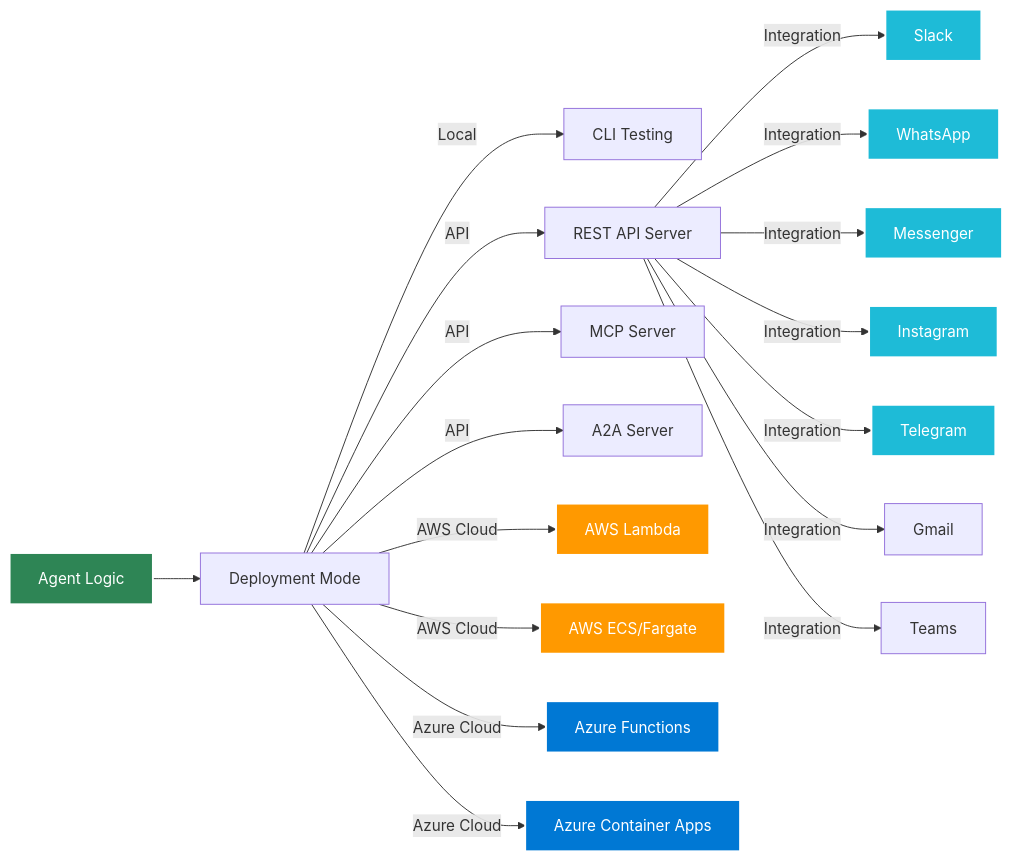
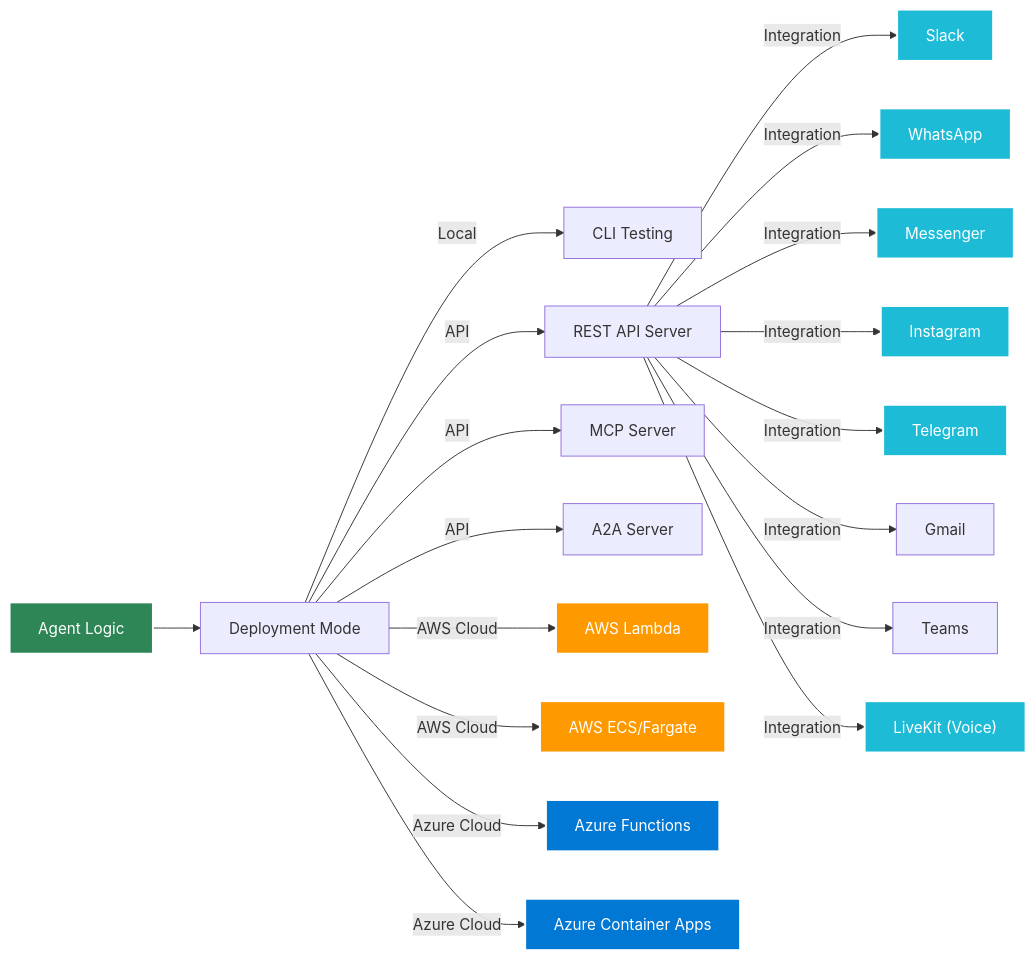
The second of 2 diagrams in docs/docs/intro.md (yaalalabs/agent-kernel), drawn with Mermaid before and after one commit. The commit also changed other lines of this file and 16 other files, not shown here.

Commit message:
feat: integrate LiveKit for real-time voice agents

````diff
--- a/docs/docs/intro.md
+++ b/docs/docs/intro.md
@@ -193,25 +191,26 @@
 ```mermaid
 ---
 config:
   layout: dagre
   elk: true
 ---
 flowchart LR
     A["Agent Logic"] --> B["Deployment Mode"]
     B -- Local --> C["CLI Testing"]
     B -- API --> D["REST API Server"] & G["MCP Server"] & H["A2A Server"]
     B -- AWS Cloud --> E["AWS Lambda"] & F["AWS ECS/Fargate"]
     B -- Azure Cloud --> K["Azure Functions"] & L["Azure Container Apps"]
-    D -- Integration --> I["Slack"] & J["WhatsApp"] & M["Messenger"] & N["Instagram"] & O["Telegram"] & P["Gmail"] & T["Teams"]
+    D -- Integration --> I["Slack"] & J["WhatsApp"] & M["Messenger"] & N["Instagram"] & O["Telegram"] & P["Gmail"] & T["Teams"] & V["LiveKit (Voice)"]
 
     style A fill:#2e8555,stroke:#fff,stroke-width:2px,color:#fff
     style E fill:#FF9900,stroke:#fff,stroke-width:2px,color:#fff
     style F fill:#FF9900,stroke:#fff,stroke-width:2px,color:#fff
     style K fill:#0078D4,stroke:#fff,stroke-width:2px,color:#fff
     style L fill:#0078D4,stroke:#fff,stroke-width:2px,color:#fff
     style I fill:#1ebbd7,stroke:#fff,stroke-width:2px,color:#fff
     style J fill:#1ebbd7,stroke:#fff,stroke-width:2px,color:#fff
     style M fill:#1ebbd7,stroke:#fff,stroke-width:2px,color:#fff
     style N fill:#1ebbd7,stroke:#fff,stroke-width:2px,color:#fff
     style O fill:#1ebbd7,stroke:#fff,stroke-width:2px,color:#fff
+    style V fill:#1ebbd7,stroke:#fff,stroke-width:2px,color:#fff
 ```
````
